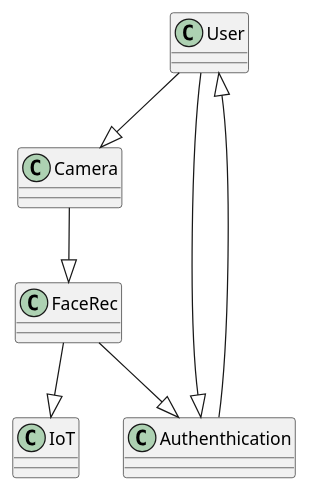
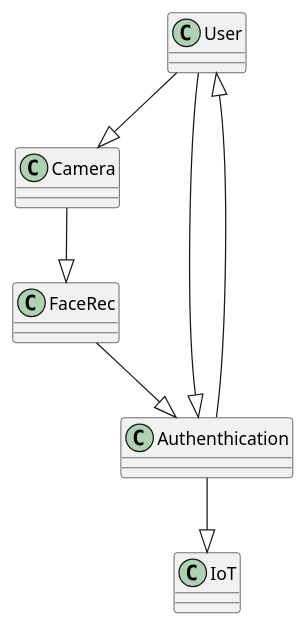
One commit to Tuukka-B/IoT-Face-Recognition changed the diagram in README.md. Above: the diagram before and after it, drawn with PlantUML.

````diff
--- a/README.md
+++ b/README.md
@@ -114,10 +114,10 @@
 ```plantuml
 @startuml
     User --|> Camera
     Camera --|> FaceRec
     FaceRec --|> Authenthication
     Authenthication --|> User
     User --|> Authenthication
-    FaceRec --|> IoT
+    Authenthication --|> IoT
 @enduml
 ```
````
